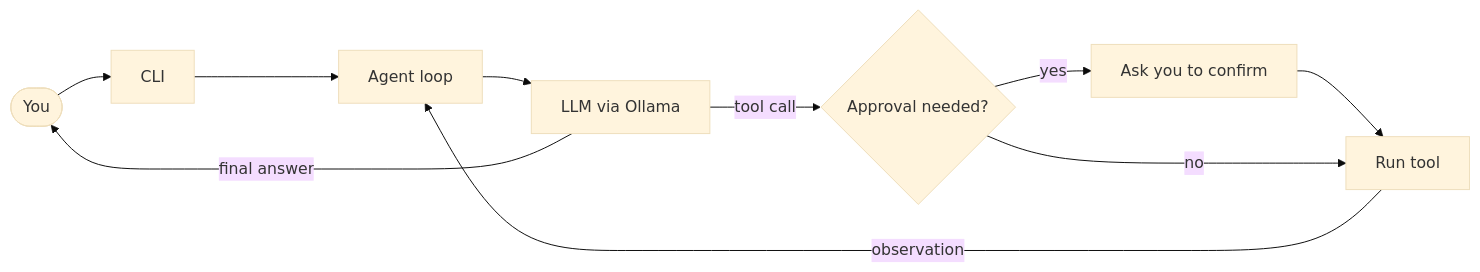
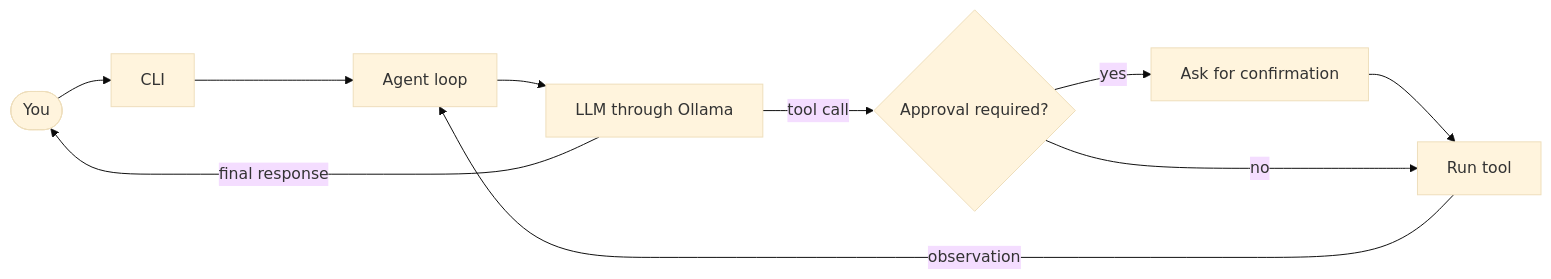
The diagram in README.md (Aryan-GNDU/SPROUT), drawn with Mermaid (base theme) before and after one commit. The commit also changed other lines of this file and 3 other files, not shown here.

````diff
--- a/README.md
+++ b/README.md
@@ -175,12 +191,12 @@
 ```mermaid
 flowchart LR
     U([You]) --> C[CLI]
     C --> A[Agent loop]
-    A --> L[LLM via Ollama]
-    L -- tool call --> T{Approval needed?}
-    T -- yes --> P[Ask you to confirm]
+    A --> L[LLM through Ollama]
+    L -- tool call --> T{Approval required?}
+    T -- yes --> P[Ask for confirmation]
     P --> X[Run tool]
     T -- no --> X
     X -- observation --> A
-    L -- final answer --> U
+    L -- final response --> U
 ```
````
